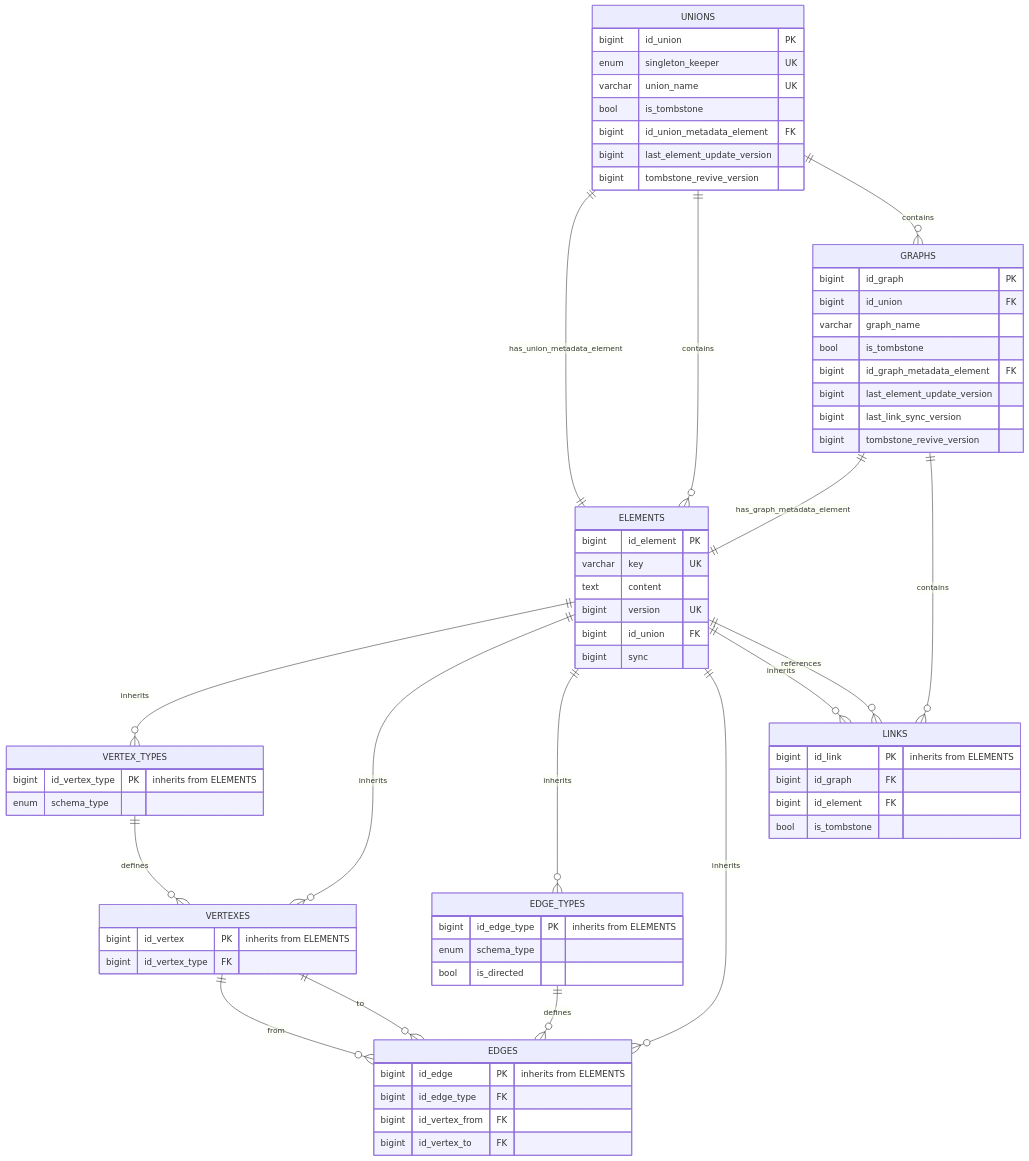
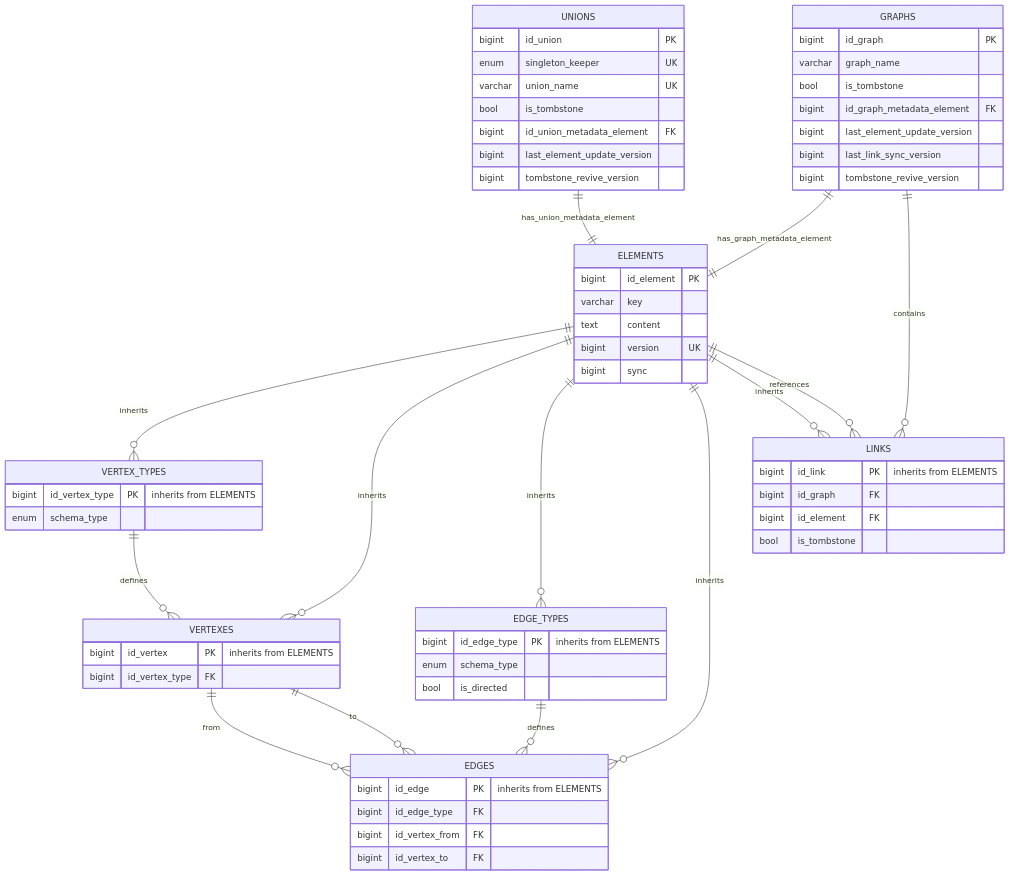
One commit to flower-org/ViUn changed the diagram in ViUn source DB.md. Above: the diagram before and after it, drawn with Mermaid.

Commit message:
ViUn SourceDB diagram updated

````diff
--- a/ViUn source DB.md
+++ b/ViUn source DB.md
@@ -8,77 +8,73 @@
 ```mermaid
 erDiagram
     UNIONS ||--|| ELEMENTS : "has_union_metadata_element"
-    UNIONS ||--o{ ELEMENTS : contains
-    UNIONS ||--o{ GRAPHS : contains
     UNIONS {
         bigint id_union PK
         enum singleton_keeper UK
         varchar union_name UK
         bool is_tombstone
         bigint id_union_metadata_element FK
         bigint last_element_update_version
         bigint tombstone_revive_version
     }
 
     ELEMENTS ||--o{ VERTEX_TYPES : "inherits"
     ELEMENTS ||--o{ VERTEXES : "inherits"
     ELEMENTS ||--o{ EDGE_TYPES : "inherits"
     ELEMENTS ||--o{ EDGES : "inherits"
     ELEMENTS ||--o{ LINKS : "inherits"
     ELEMENTS ||--o{ LINKS : references
     ELEMENTS {
         bigint id_element PK
-        varchar key UK
+        varchar key
         text content
         bigint version UK
-        bigint id_union FK
         bigint sync
     }
 
     VERTEX_TYPES ||--o{ VERTEXES : "defines"
     VERTEX_TYPES {
         bigint id_vertex_type PK "inherits from ELEMENTS"
         enum schema_type
     }
 
     VERTEXES ||--o{ EDGES : "from"
     VERTEXES ||--o{ EDGES : "to"
     VERTEXES {
         bigint id_vertex PK "inherits from ELEMENTS"
         bigint id_vertex_type FK
     }
 
     EDGE_TYPES {
         bigint id_edge_type PK "inherits from ELEMENTS"
         enum schema_type
         bool is_directed
     }
 
     EDGE_TYPES ||--o{ EDGES : "defines"
     EDGES {
         bigint id_edge PK "inherits from ELEMENTS"
         bigint id_edge_type FK
         bigint id_vertex_from FK
         bigint id_vertex_to FK
     }
 
     GRAPHS ||--|| ELEMENTS : "has_graph_metadata_element"
     GRAPHS ||--o{ LINKS : contains
     GRAPHS {
         bigint id_graph PK
-        bigint id_union FK
         varchar graph_name
         bool is_tombstone
         bigint id_graph_metadata_element FK
         bigint last_element_update_version
         bigint last_link_sync_version
         bigint tombstone_revive_version
     }
 
     LINKS {
         bigint id_link PK "inherits from ELEMENTS"
         bigint id_graph FK
         bigint id_element FK
         bool is_tombstone
     }
 ```
````
